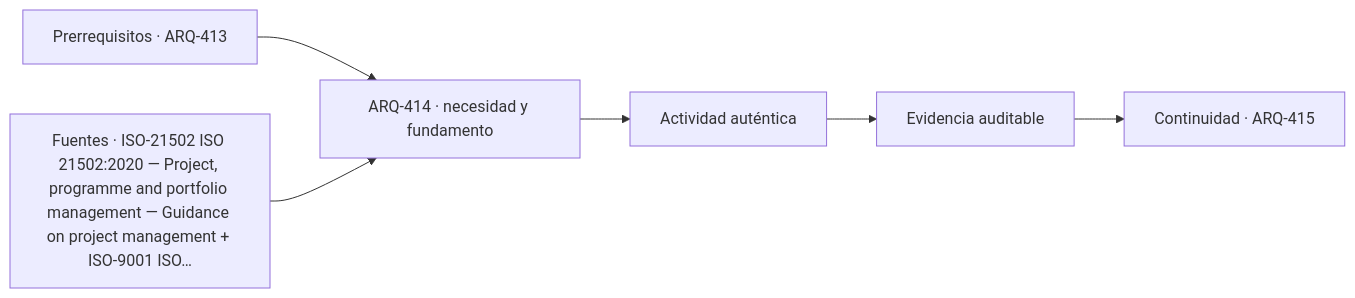
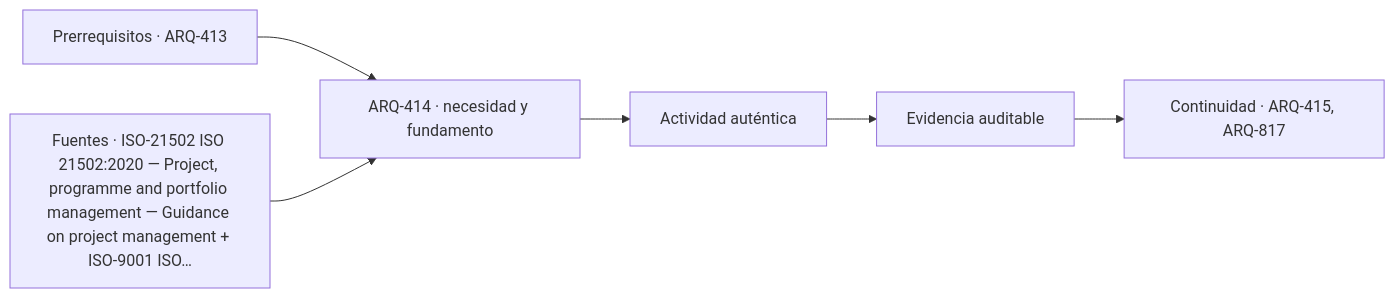
Before and after one commit to vladimiracunadev-create/architecture-built-environment-learning-program: the diagram in classes/parte-42/ARQ-414.md, drawn with Mermaid. The commit also changed other lines of this file and 234 other files, not shown here.

````diff
--- a/classes/parte-42/ARQ-414.md
+++ b/classes/parte-42/ARQ-414.md
@@ -87,8 +87,8 @@
 ```mermaid
 flowchart LR
     A["Prerrequisitos · ARQ-413"] --> B["ARQ-414 · necesidad y fundamento"]
     S["Fuentes · ISO-21502 ISO 21502:2020 — Project, programme and portfolio management — Guidance on project management + ISO-9001 ISO…"] --> B
     B --> C["Actividad auténtica"]
     C --> D["Evidencia auditable"]
-    D --> E["Continuidad · ARQ-415"]
+    D --> E["Continuidad · ARQ-415, ARQ-817"]
 ```
````
